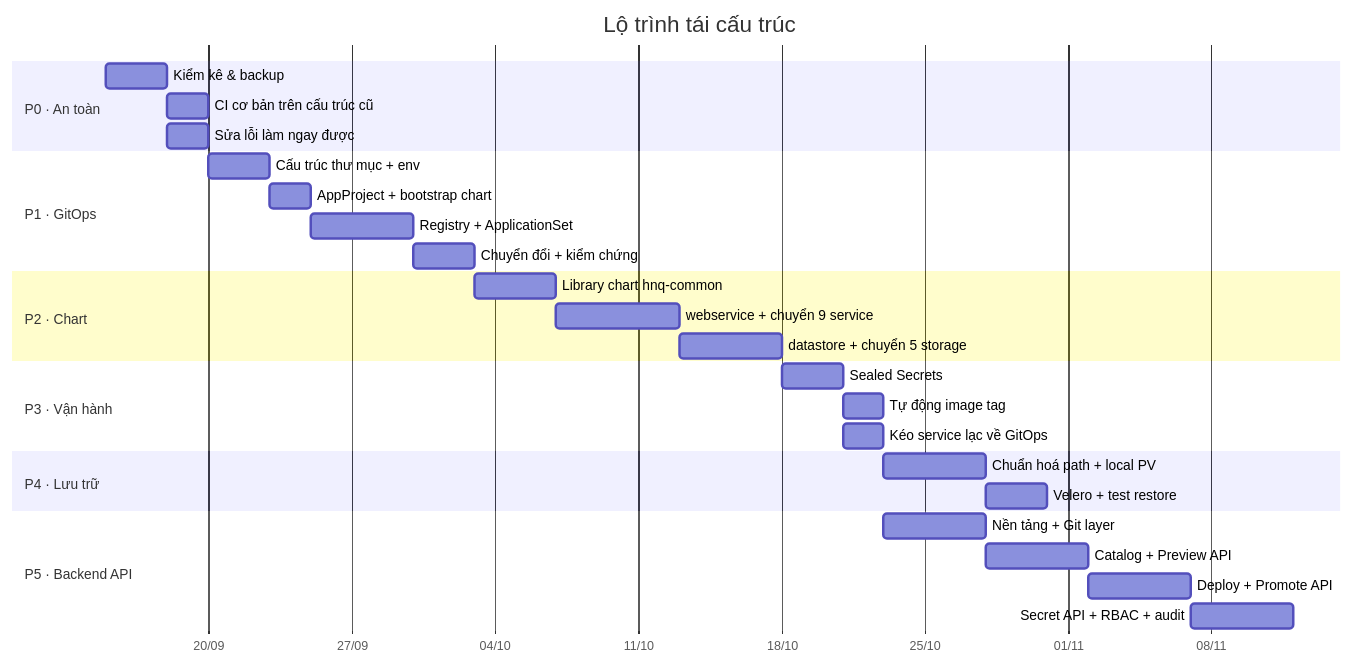
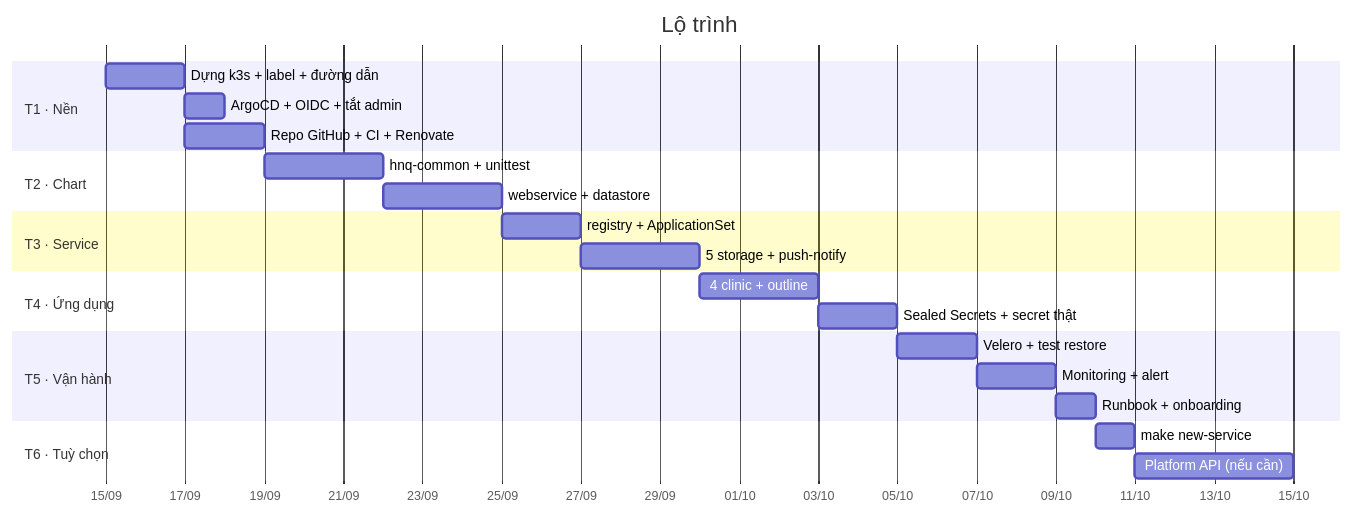
Before and after one commit to hunho247/HNQ-Infra: the fourth of 4 diagrams in docs/REFACTOR_PLAN.md, drawn with Mermaid. The commit also changed other lines of this file and 3 other files, not shown here.

````diff
--- a/docs/REFACTOR_PLAN.md
+++ b/docs/REFACTOR_PLAN.md
@@ -1076,37 +893,32 @@
 ```mermaid
 gantt
-  title Lộ trình tái cấu trúc
+  title Lộ trình
   dateFormat YYYY-MM-DD
   axisFormat %d/%m
 
-  section P0 · An toàn
-  Kiểm kê & backup              :p0a, 2026-09-15, 3d
-  CI cơ bản trên cấu trúc cũ    :p0b, after p0a, 2d
-  Sửa lỗi làm ngay được         :p0c, after p0a, 2d
+  section T1 · Nền
+  Dựng k3s + label + đường dẫn   :a1, 2026-09-15, 2d
+  ArgoCD + OIDC + tắt admin      :a2, after a1, 1d
+  Repo GitHub + CI + Renovate    :a3, after a1, 2d
 
-  section P1 · GitOps
-  Cấu trúc thư mục + env        :p1a, after p0b, 3d
-  AppProject + bootstrap chart  :p1b, after p1a, 2d
-  Registry + ApplicationSet     :p1c, after p1b, 5d
-  Chuyển đổi + kiểm chứng       :p1d, after p1c, 3d
+  section T2 · Chart
+  hnq-common + unittest          :b1, after a3, 3d
+  webservice + datastore         :b2, after b1, 3d
 
-  section P2 · Chart
-  Library chart hnq-common      :p2a, after p1d, 4d
-  webservice + chuyển 9 service :p2b, after p2a, 6d
-  datastore + chuyển 5 storage  :p2c, after p2b, 5d
+  section T3 · Service
+  registry + ApplicationSet      :c1, after b2, 2d
+  5 storage + push-notify        :c2, after c1, 3d
 
-  section P3 · Vận hành
-  Sealed Secrets                :p3a, after p2c, 3d
-  Tự động image tag             :p3b, after p3a, 2d
-  Kéo service lạc về GitOps     :p3c, after p3a, 2d
+  section T4 · Ứng dụng
+  4 clinic + outline             :d1, after c2, 3d
+  Sealed Secrets + secret thật   :d2, after d1, 2d
 
-  section P4 · Lưu trữ
-  Chuẩn hoá path + local PV     :p4a, after p3b, 5d
-  Velero + test restore         :p4b, after p4a, 3d
+  section T5 · Vận hành
+  Velero + test restore          :e1, after d2, 2d
+  Monitoring + alert             :e2, after e1, 2d
+  Runbook + onboarding           :e3, after e2, 1d
 
-  section P5 · Backend API
-  Nền tảng + Git layer          :p5a, after p3c, 5d
-  Catalog + Preview API         :p5b, after p5a, 5d
-  Deploy + Promote API          :p5c, after p5b, 5d
-  Secret API + RBAC + audit     :p5d, after p5c, 5d
+  section T6 · Tuỳ chọn
+  make new-service               :f1, after e3, 1d
+  Platform API (nếu cần)         :f2, after f1, 4d
 ```
````
